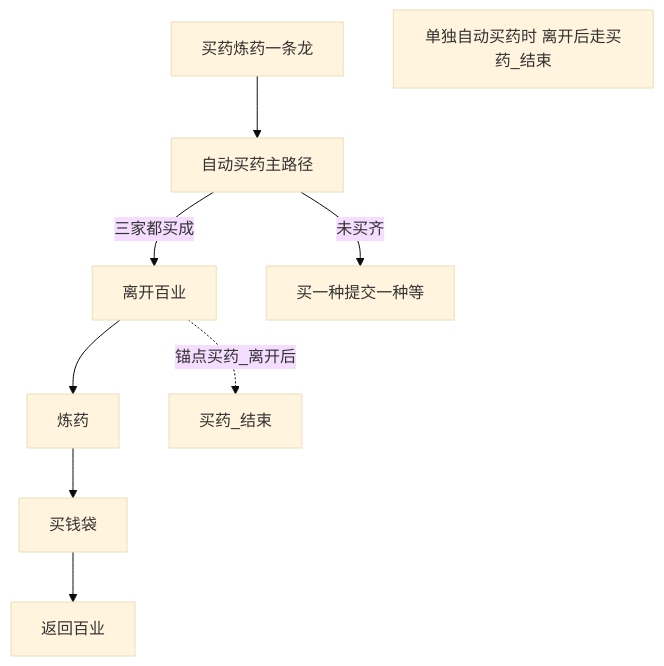
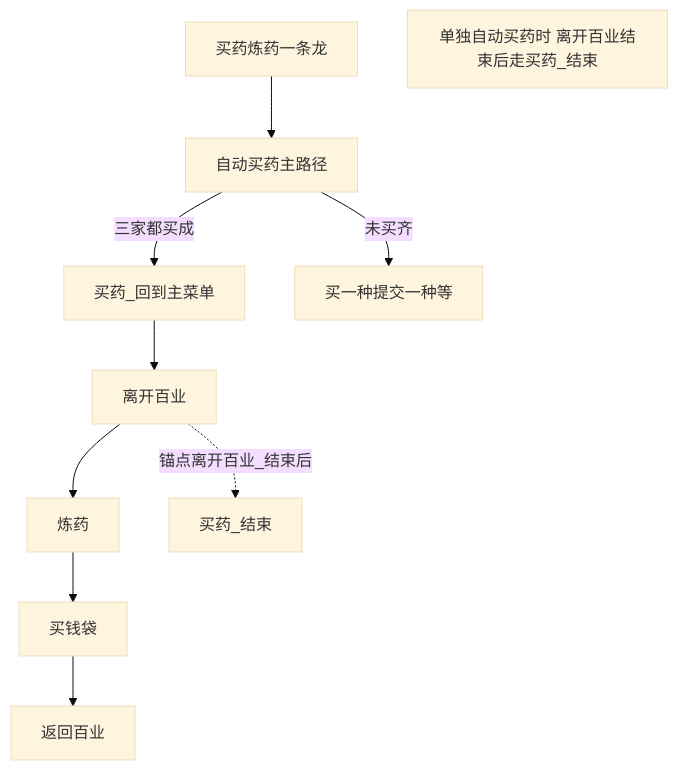
One commit to 82488059/MAAJN changed the diagram in docs/zh_cn/买药炼药一条龙.md. Above: the diagram before and after it, drawn with Mermaid (base theme). The commit also changed other lines of this file and 7 other files, not shown here.

````diff
--- a/docs/zh_cn/买药炼药一条龙.md
+++ b/docs/zh_cn/买药炼药一条龙.md
@@ -18,16 +18,17 @@
 ```mermaid
 flowchart TD
   entry["买药炼药一条龙"]
   buy["自动买药主路径"]
+  backMenu["买药_回到主菜单"]
   leave["离开百业"]
   alchemy["炼药"]
   money["买钱袋"]
   backBaiye["返回百业"]
   doneBuy["买药_结束"]
   submit["买一种提交一种等"]
   entry --> buy
-  buy -->|三家都买成| leave --> alchemy --> money --> backBaiye
+  buy -->|三家都买成| backMenu --> leave --> alchemy --> money --> backBaiye
   buy -->|未买齐| submit
-  note["单独自动买药时 离开后走买药_结束"]
-  leave -.->|锚点买药_离开后| doneBuy
+  note["单独自动买药时 离开百业结束后走买药_结束"]
+  leave -.->|锚点离开百业_结束后| doneBuy
 ```
````
